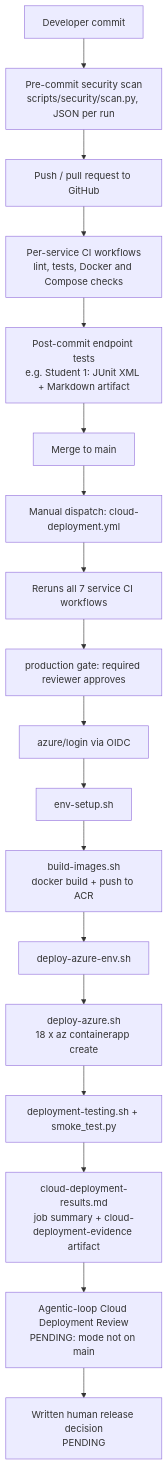
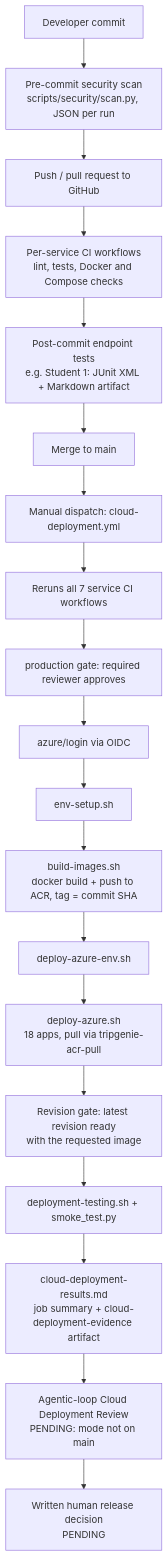
The second of 2 diagrams in docs/reports/release-2/cloud-deployment-report.md (JulianKirk/TripGenie), drawn with Mermaid before and after one commit. The commit also changed other lines of this file and 11 other files, not shown here.

````diff
--- a/docs/reports/release-2/cloud-deployment-report.md
+++ b/docs/reports/release-2/cloud-deployment-report.md
@@ -139,20 +150,21 @@
 ```mermaid
 flowchart TD
   dev["Developer commit"] --> pre["Pre-commit security scan<br/>scripts/security/scan.py, JSON per run"]
   pre --> push["Push / pull request to GitHub"]
   push --> ci["Per-service CI workflows<br/>lint, tests, Docker and Compose checks"]
   ci --> ept["Post-commit endpoint tests<br/>e.g. Student 1: JUnit XML + Markdown artifact"]
   ept --> merge["Merge to main"]
   merge --> dispatch["Manual dispatch: cloud-deployment.yml"]
   dispatch --> reuse["Reruns all 7 service CI workflows"]
   reuse --> approve["production gate: required reviewer approves"]
   approve --> login["azure/login via OIDC"]
   login --> s1["env-setup.sh"]
-  s1 --> s2["build-images.sh<br/>docker build + push to ACR"]
+  s1 --> s2["build-images.sh<br/>docker build + push to ACR, tag = commit SHA"]
   s2 --> s3["deploy-azure-env.sh"]
-  s3 --> s4["deploy-azure.sh<br/>18 x az containerapp create"]
-  s4 --> s5["deployment-testing.sh + smoke_test.py"]
+  s3 --> s4["deploy-azure.sh<br/>18 apps, pull via tripgenie-acr-pull"]
+  s4 --> gate2["Revision gate: latest revision ready<br/>with the requested image"]
+  gate2 --> s5["deployment-testing.sh + smoke_test.py"]
   s5 --> art["cloud-deployment-results.md<br/>job summary + cloud-deployment-evidence artifact"]
   art --> review["Agentic-loop Cloud Deployment Review<br/>PENDING: mode not on main"]
   review --> decision["Written human release decision<br/>PENDING"]
 ```
````
